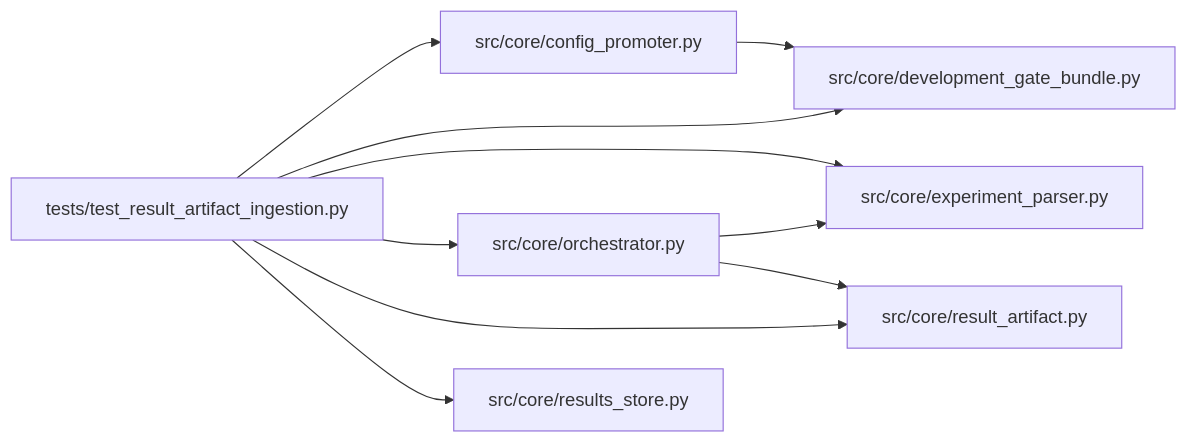
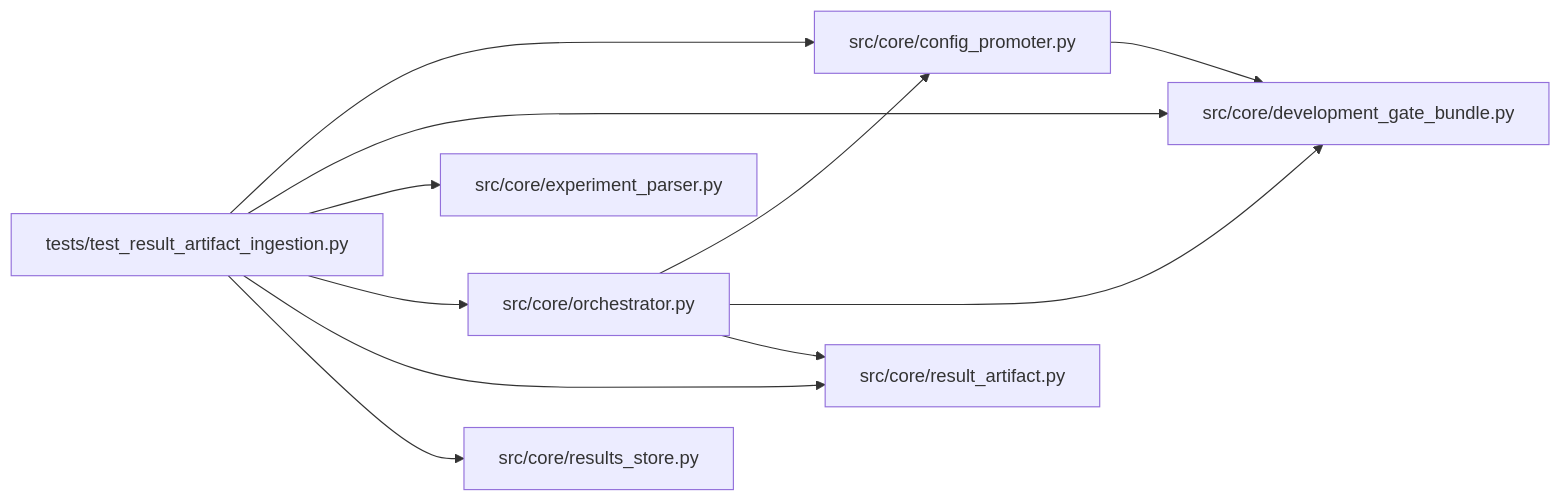
Before and after one commit to Denissvgn/autoresearch-agent: the diagram in docs/llm_wiki/modules/test_result_artifact_ingestion.md, drawn with Mermaid. The commit also changed other lines of this file and 1033 other files, not shown here.

````diff
--- a/docs/llm_wiki/modules/test_result_artifact_ingestion.md
+++ b/docs/llm_wiki/modules/test_result_artifact_ingestion.md
@@ -35,26 +35,27 @@
 ```mermaid
 flowchart LR
     n0["src/core/config_promoter.py"]
     n1["src/core/development_gate_bundle.py"]
     n2["src/core/experiment_parser.py"]
     n3["src/core/orchestrator.py"]
     n4["src/core/result_artifact.py"]
     n5["src/core/results_store.py"]
     n6["tests/test_result_artifact_ingestion.py"]
     n0 --> n1
-    n3 --> n2
+    n3 --> n0
+    n3 --> n1
     n3 --> n4
     n6 --> n0
     n6 --> n1
     n6 --> n2
     n6 --> n3
     n6 --> n4
     n6 --> n5
     click n0 "../modules/config_promoter.md"
     click n1 "../modules/development_gate_bundle.md"
     click n2 "../modules/experiment_parser.md"
     click n3 "../modules/orchestrator.md"
     click n4 "../modules/result_artifact.md"
     click n5 "../modules/results_store.md"
     click n6 "../modules/test_result_artifact_ingestion.md"
 ```
````
